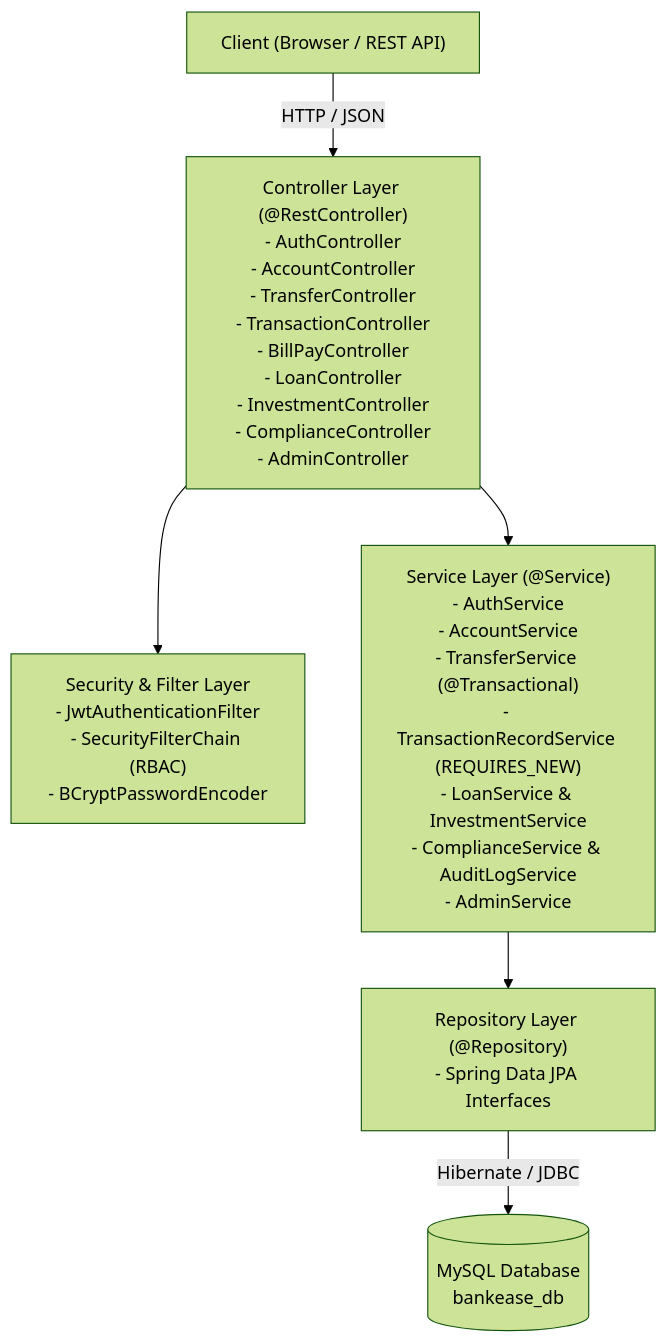
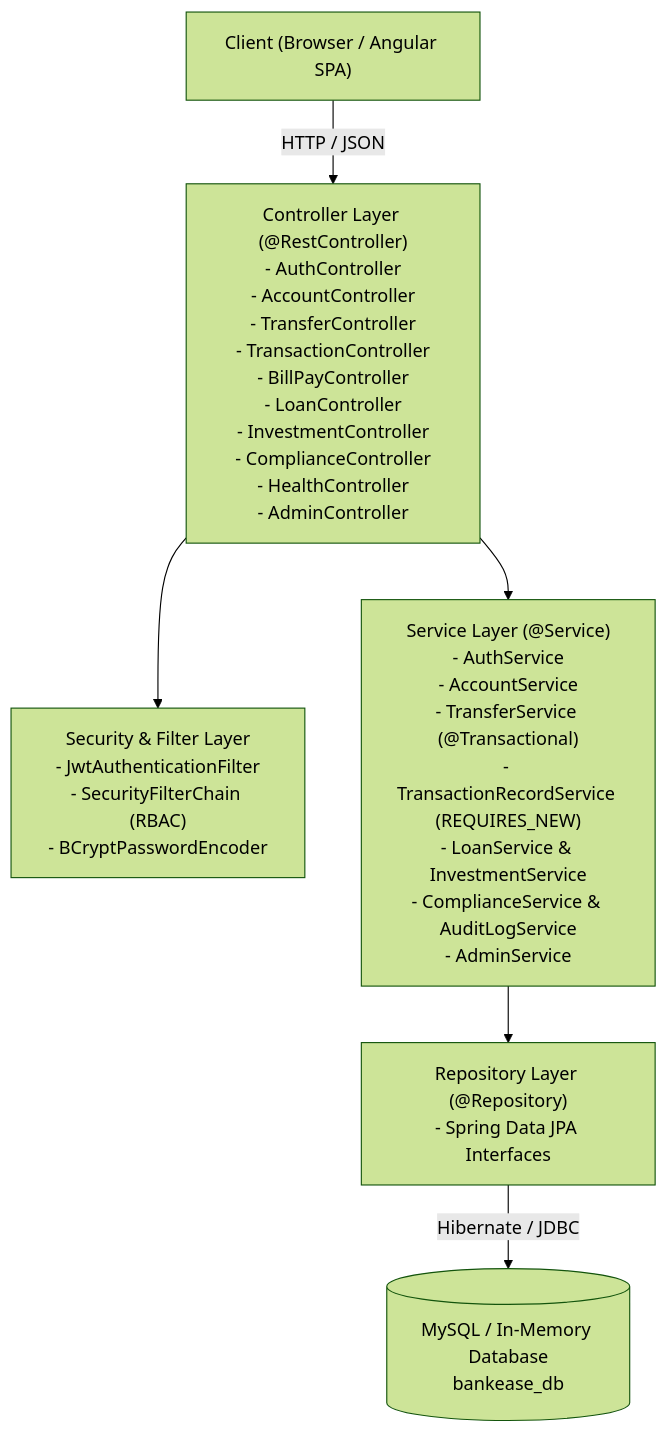
Before and after one commit to Anilsoni27/BankEase: the diagram in README.md, drawn with Mermaid (forest theme). The commit also changed other lines of this file and 1 other file, not shown here.

````diff
--- a/README.md
+++ b/README.md
@@ -26,15 +50,15 @@
 ```mermaid
 flowchart TD
-    Client["Client (Browser / REST API)"]
-    Controller["Controller Layer (@RestController)\n- AuthController\n- AccountController\n- TransferController\n- TransactionController\n- BillPayController\n- LoanController\n- InvestmentController\n- ComplianceController\n- AdminController"]
+    Client["Client (Browser / Angular SPA)"]
+    Controller["Controller Layer (@RestController)\n- AuthController\n- AccountController\n- TransferController\n- TransactionController\n- BillPayController\n- LoanController\n- InvestmentController\n- ComplianceController\n- HealthController\n- AdminController"]
     Security["Security & Filter Layer\n- JwtAuthenticationFilter\n- SecurityFilterChain (RBAC)\n- BCryptPasswordEncoder"]
     Service["Service Layer (@Service)\n- AuthService\n- AccountService\n- TransferService (@Transactional)\n- TransactionRecordService (REQUIRES_NEW)\n- LoanService & InvestmentService\n- ComplianceService & AuditLogService\n- AdminService"]
     Repo["Repository Layer (@Repository)\n- Spring Data JPA Interfaces"]
-    DB[(MySQL Database\nbankease_db)]
+    DB[(MySQL / In-Memory Database\nbankease_db)]
 
     Client -->|HTTP / JSON| Controller
     Controller --> Security
     Controller --> Service
     Service --> Repo
     Repo -->|Hibernate / JDBC| DB
 ```
````
